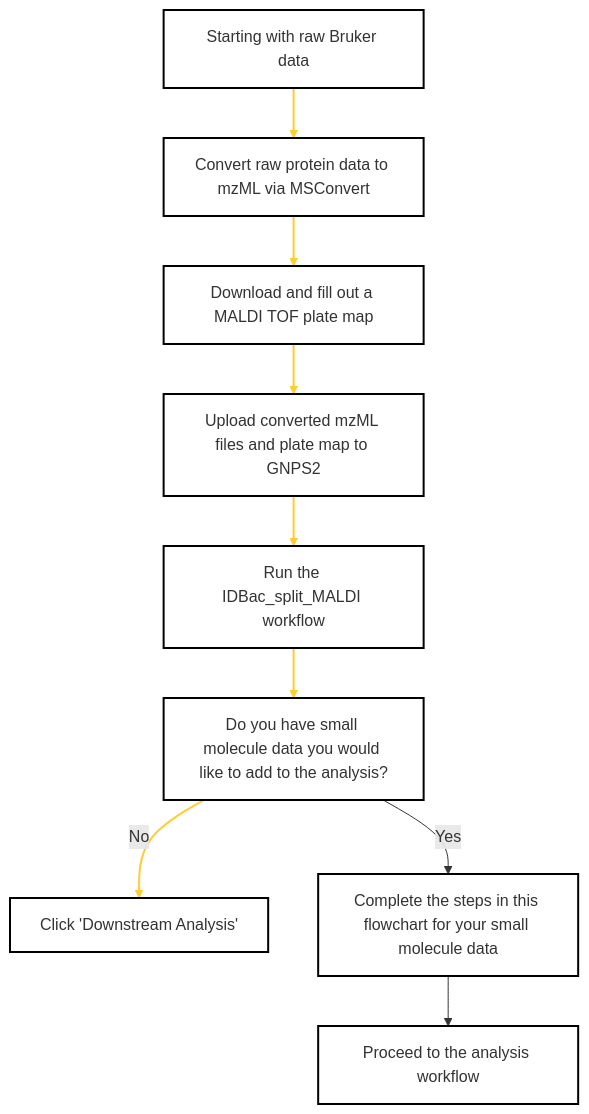
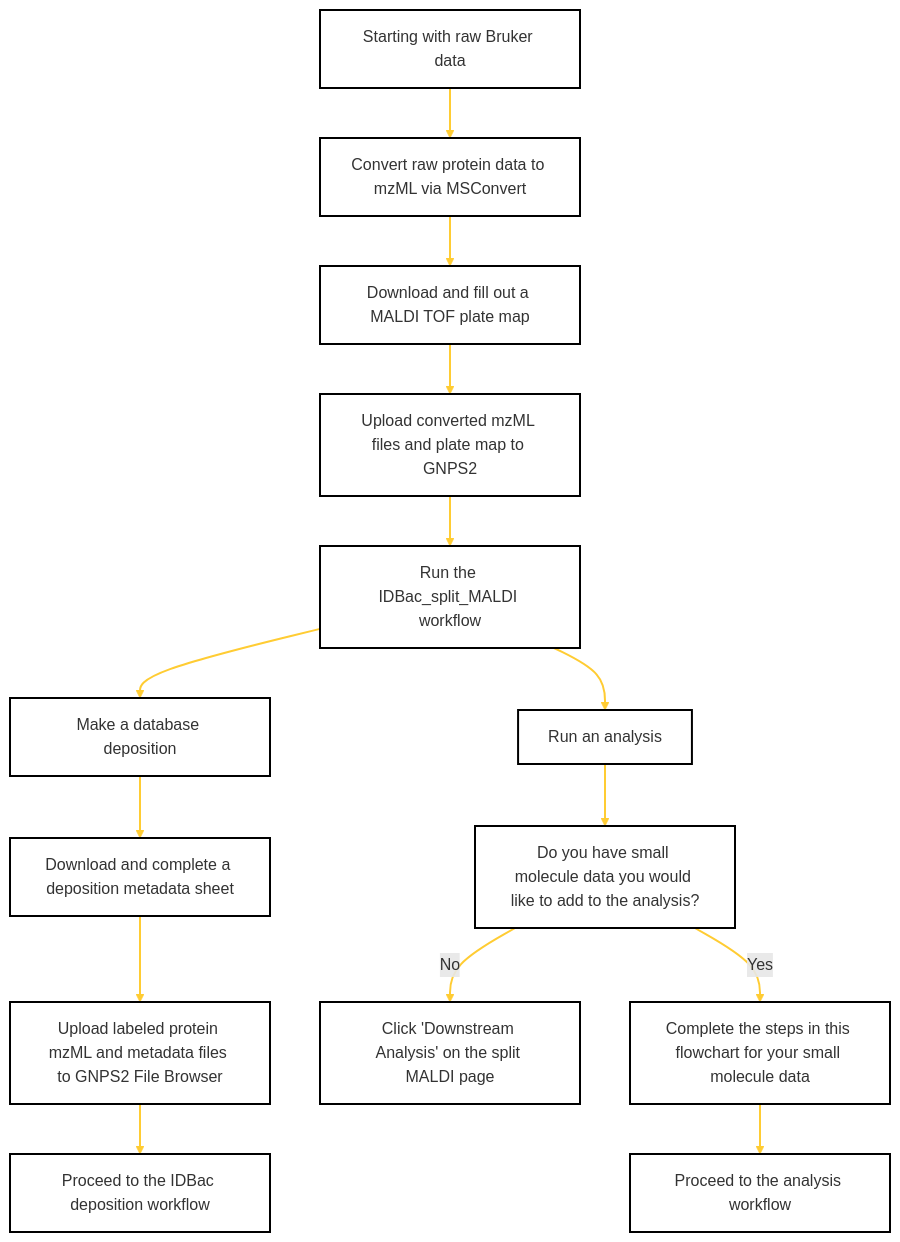
The diagram in docs/idbac-brukerstart-here.md (Wang-Bioinformatics-Lab/GNPS2_Documentation), drawn with Mermaid before and after one commit.

````diff
--- a/docs/idbac-brukerstart-here.md
+++ b/docs/idbac-brukerstart-here.md
@@ -10,36 +10,59 @@
 ```mermaid
 flowchart TD
     A[Starting with raw Bruker data] --> B[Convert raw protein data to mzML via MSConvert]
     B --> C[Download and fill out a MALDI TOF plate map]
     C --> D[Upload converted mzML files and plate map to GNPS2]
     D --> E[Run the IDBac_split_MALDI workflow]
-    E --> F[Do you have small molecule data you would like to add to the analysis?]
-    F --> |No| G[Click 'Downstream Analysis']
-    F --> |Yes| H[Complete the steps in this flowchart for your small molecule data]
-    H --> I[Proceed to the analysis workflow]
+    E --> F[Make a database deposition]
+    F --> G[Download and complete a deposition metadata sheet]
+    G --> H[Upload labeled protein mzML and metadata files to GNPS2 File Browser]
+    H --> I[Proceed to the IDBac deposition workflow]
+    E --> J[Run an analysis]
+    J --> K[Do you have small molecule data you would like to add to the analysis?]
+    K --> |No| L[Click 'Downstream Analysis' on the split MALDI page]
+    K --> |Yes| M[Complete the steps in this flowchart for your small molecule data]
+    M --> N[Proceed to the analysis workflow]
+    
+
     click B href "https://proteowizard.sourceforge.io/"
     click C href "https://docs.google.com/spreadsheets/d/1ihFy6lQyJtWy9fp46ahMPWk7xLp2tJ3q/edit?usp=sharing&ouid=102573514213912402103&rtpof=true&sd=true"
     click D href "https://gnps2.org/homepage"
     click E href "https://gnps2.org/workflowinput?workflowname=idbac_split_maldi_workflow"
-    click I href "https://gnps2.org/workflowinput?workflowname=idbac_analysis_workflow"
+    click G href "https://docs.google.com/spreadsheets/d/1yKsZ2FEw8-cWufvY8l31Ju8NTKujmEtb/edit?usp=sharing&ouid=102573514213912402103&rtpof=true&sd=true"
+    click H href "https://gnps2.org/homepage"
+    click I href "https://gnps2.org/workflowinput?workflowname=idbacdeposition_workflow"
+    click N href "https://gnps2.org/workflowinput?workflowname=idbac_analysis_workflow"
 
  %% Styling
     style A fill:#FFFFFF,stroke:#000000,stroke-width:2px
     style B fill:#FFFFFF,stroke:#000000,stroke-width:2px
     style C fill:#FFFFFF,stroke:#000000,stroke-width:2px
     style D fill:#FFFFFF,stroke:#000000,stroke-width:2px
     style E fill:#FFFFFF,stroke:#000000,stroke-width:2px
     style F fill:#FFFFFF,stroke:#000000,stroke-width:2px
     style G fill:#FFFFFF,stroke:#000000,stroke-width:2px
     style H fill:#FFFFFF,stroke:#000000,stroke-width:2px
     style I fill:#FFFFFF,stroke:#000000,stroke-width:2px
-    
+    style J fill:#FFFFFF,stroke:#000000,stroke-width:2px
+    style K fill:#FFFFFF,stroke:#000000,stroke-width:2px
+    style L fill:#FFFFFF,stroke:#000000,stroke-width:2px
+    style M fill:#FFFFFF,stroke:#000000,stroke-width:2px
+    style N fill:#FFFFFF,stroke:#000000,stroke-width:2px
+
 %% Link Styling
     linkStyle 0 stroke:#ffcc33,stroke-width:2px
     linkStyle 1 stroke:#ffcc33,stroke-width:2px
     linkStyle 2 stroke:#ffcc33,stroke-width:2px
     linkStyle 3 stroke:#ffcc33,stroke-width:2px
     linkStyle 4 stroke:#ffcc33,stroke-width:2px
     linkStyle 5 stroke:#ffcc33,stroke-width:2px
+    linkStyle 6 stroke:#ffcc33,stroke-width:2px
+    linkStyle 7 stroke:#ffcc33,stroke-width:2px
+    linkStyle 8 stroke:#ffcc33,stroke-width:2px
+    linkStyle 9 stroke:#ffcc33,stroke-width:2px
+    linkStyle 10 stroke:#ffcc33,stroke-width:2px
+    linkStyle 11 stroke:#ffcc33,stroke-width:2px
+    linkStyle 12 stroke:#ffcc33,stroke-width:2px
+
 
 ```
````
